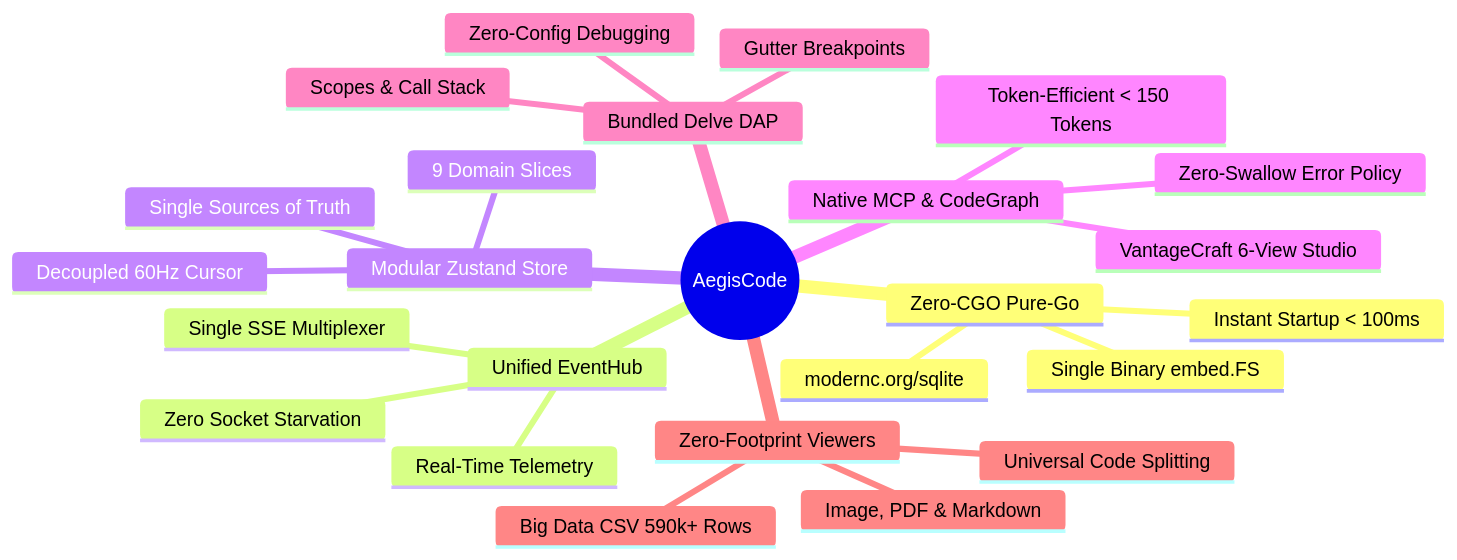
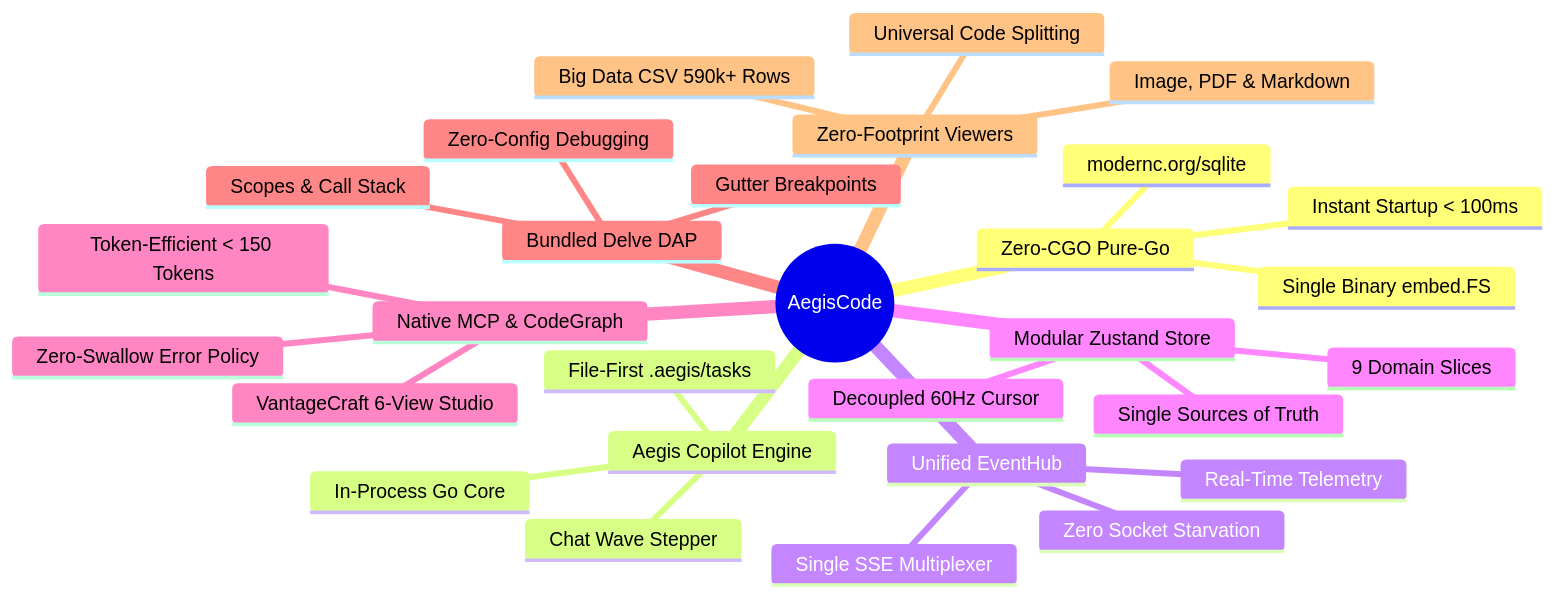
One commit to aditlab-code/AegisCode changed the first of 2 diagrams in README.md. Above: the diagram before and after it, drawn with Mermaid. The commit also changed other lines of this file and 38 other files, not shown here.

Commit message:
feat(agent): implement Aegis Copilot orchestrator, task sync, and rules card

````diff
--- a/README.md
+++ b/README.md
@@ -41,28 +41,32 @@
 ```mermaid
 mindmap
   root((AegisCode))
     Zero-CGO Pure-Go
       Single Binary embed.FS
       modernc.org/sqlite
       Instant Startup &lt; 100ms
+    Aegis Copilot Engine
+      In-Process Go Core
+      File-First .aegis/tasks
+      Chat Wave Stepper
     Unified EventHub
       Single SSE Multiplexer
       Zero Socket Starvation
       Real-Time Telemetry
     Modular Zustand Store
       9 Domain Slices
       Decoupled 60Hz Cursor
       Single Sources of Truth
     Native MCP & CodeGraph
       VantageCraft 6-View Studio
       Zero-Swallow Error Policy
       Token-Efficient &lt; 150 Tokens
     Bundled Delve DAP
       Zero-Config Debugging
       Gutter Breakpoints
       Scopes & Call Stack
     Zero-Footprint Viewers
       Universal Code Splitting
       Big Data CSV 590k+ Rows
       Image, PDF & Markdown
 ```
````
